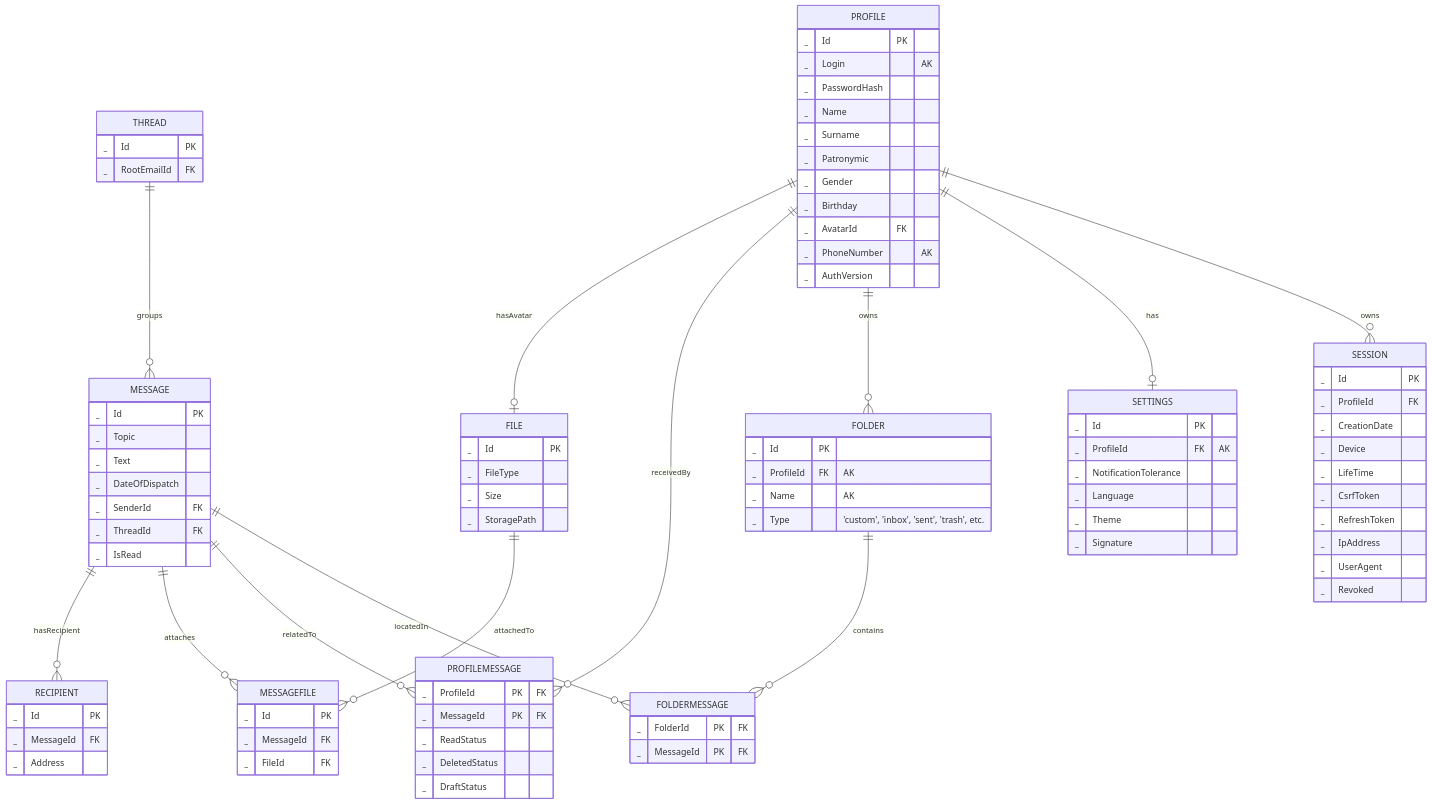
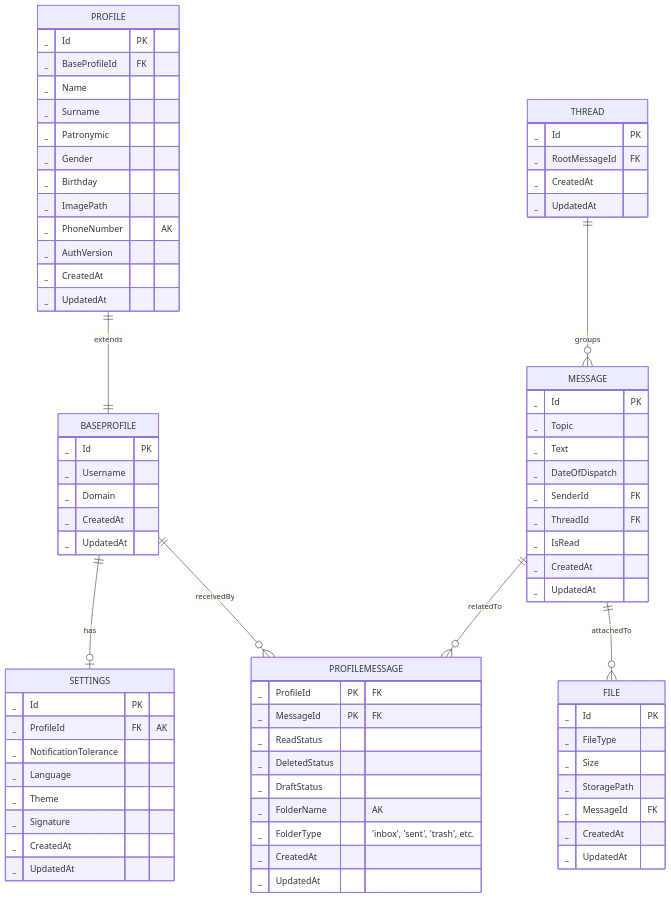
The diagram in db/normalized/ER.md (go-park-mail-ru/2025_2_A4Code), drawn with Mermaid before and after one commit.

````diff
--- a/db/normalized/ER.md
+++ b/db/normalized/ER.md
@@ -1,17 +1,25 @@
 ```mermaid
 erDiagram
+    BASEPROFILE{
+        _ Id PK
+        _ Username
+        _ Domain
+        _ CreatedAt
+        _ UpdatedAt
+    }
     PROFILE {
         _ Id PK
-        _ Login "AK"
-        _ PasswordHash
+        _ BaseProfileId FK
         _ Name
         _ Surname
         _ Patronymic
         _ Gender
         _ Birthday
-        _ AvatarId FK
+        _ ImagePath
         _ PhoneNumber "AK"
         _ AuthVersion
+        _ CreatedAt
+        _ UpdatedAt
     }
     MESSAGE {
         _ Id PK
@@ -21,26 +29,23 @@
         _ SenderId FK
         _ ThreadId FK
         _ IsRead
+        _ CreatedAt
+        _ UpdatedAt
     }
     THREAD {
         _ Id PK
-        _ RootEmailId FK
-    }
-    RECIPIENT {
-        _ Id PK
-        _ MessageId FK
-        _ Address
+        _ RootMessageId FK
+        _ CreatedAt
+        _ UpdatedAt
     }
     FILE {
         _ Id PK
         _ FileType
         _ Size
         _ StoragePath
-    }
-    MESSAGEFILE {
-        _ Id PK
         _ MessageId FK
-        _ FileId FK
+        _ CreatedAt
+        _ UpdatedAt
     }
     PROFILEMESSAGE {
         _ ProfileId PK "FK"
@@ -48,16 +53,10 @@
         _ ReadStatus
         _ DeletedStatus
         _ DraftStatus
-    }
-    FOLDER {
-        _ Id PK
-        _ ProfileId FK "AK"
-        _ Name "AK"
-        _ Type  " 'custom', 'inbox', 'sent', 'trash', etc. "
-    }
-    FOLDERMESSAGE {
-        _ FolderId PK "FK"
-        _ MessageId PK "FK"
+        _ FolderName "AK"
+        _ FolderType  "'inbox', 'sent', 'trash', etc. "
+        _ CreatedAt
+        _ UpdatedAt
     }
     SETTINGS {
         _ Id PK
@@ -66,30 +65,14 @@
         _ Language
         _ Theme
         _ Signature
-    }
-    SESSION {
-        _ Id PK
-        _ ProfileId FK
-        _ CreationDate
-        _ Device
-        _ LifeTime
-        _ CsrfToken
-        _ RefreshToken
-        _ IpAddress
-        _ UserAgent
-        _ Revoked
+        _ CreatedAt
+        _ UpdatedAt
     }
 
-    PROFILE ||--o{ SESSION : "owns"
-    PROFILE ||--o| SETTINGS : "has"
-    PROFILE ||--o{ FOLDER : "owns"
-    FOLDER ||--o{ FOLDERMESSAGE : "contains"
-    MESSAGE ||--o{ FOLDERMESSAGE : "locatedIn"
+    BASEPROFILE ||--o| SETTINGS : "has"
     MESSAGE ||--o{ PROFILEMESSAGE : "relatedTo"
-    PROFILE ||--o{ PROFILEMESSAGE : "receivedBy"
-    MESSAGE ||--o{ MESSAGEFILE : "attaches"
-    FILE ||--o{ MESSAGEFILE : "attachedTo"
-    PROFILE ||--o| FILE : "hasAvatar"
-    MESSAGE ||--o{ RECIPIENT : "hasRecipient"
+    BASEPROFILE ||--o{ PROFILEMESSAGE : "receivedBy"
+    MESSAGE ||--o{ FILE : "attachedTo"
     THREAD ||--o{ MESSAGE : "groups"
+    PROFILE ||--|| BASEPROFILE : "extends"
 ```
````
